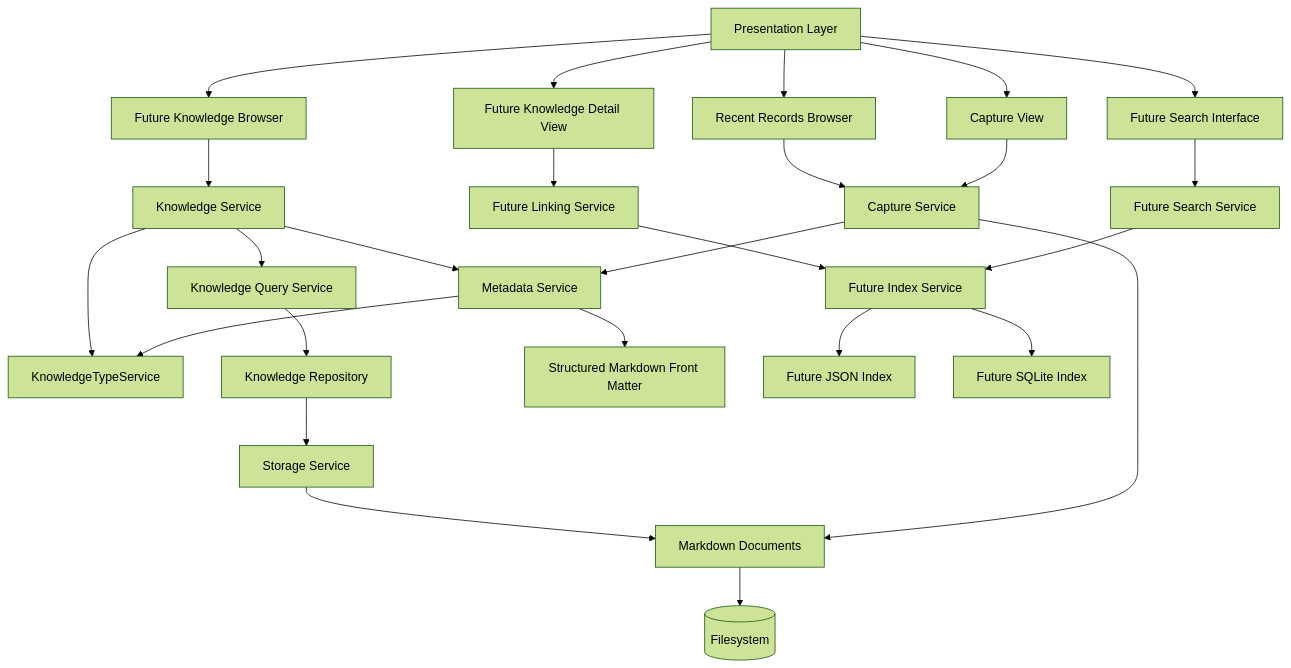
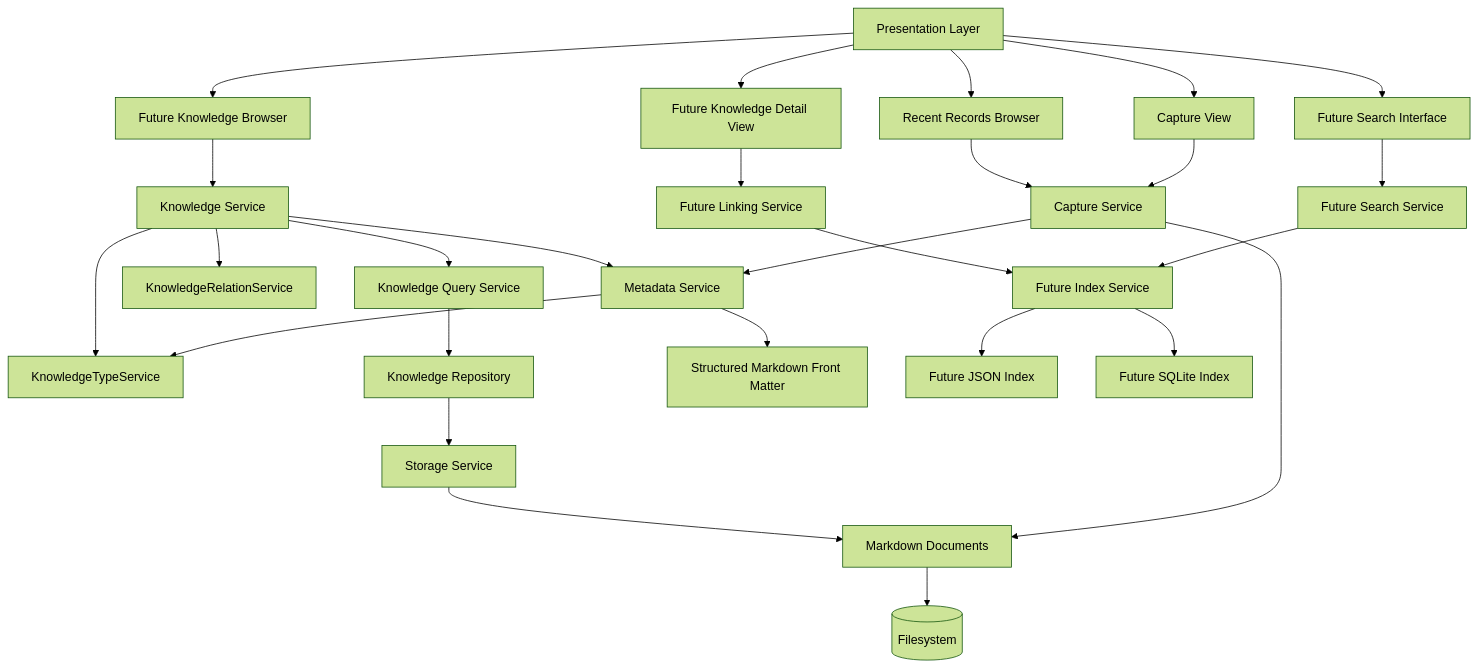
The diagram in docs/Architecture.md (2511677586/LifeOS), drawn with Mermaid (forest theme) before and after one commit. The commit also changed other lines of this file and 6 other files, not shown here.

````diff
--- a/docs/Architecture.md
+++ b/docs/Architecture.md
@@ -141,31 +188,32 @@
 ```mermaid
 graph TD
     UI[Presentation Layer] --> CV[Capture View]
     UI --> RB[Recent Records Browser]
     UI --> KB[Future Knowledge Browser]
     UI --> SI[Future Search Interface]
     UI --> DV[Future Knowledge Detail View]
 
     CV --> CS[Capture Service]
     RB --> CS
     KB --> KS[Knowledge Service]
     SI --> SS[Future Search Service]
     DV --> LS[Future Linking Service]
 
     CS --> MS[Metadata Service]
     MS --> KTS[KnowledgeTypeService]
+    KS --> KRS[KnowledgeRelationService]
     KS --> KQS[Knowledge Query Service]
     KQS --> KR[Knowledge Repository]
     KS --> MS
     KS --> KTS
     MS --> SD[Structured Markdown Front Matter]
     CS --> MD[Markdown Documents]
     KR --> ST[Storage Service]
     ST --> MD
     SS --> IX[Future Index Service]
     LS --> IX
 
     MD --> FS[(Filesystem)]
     IX --> JI[Future JSON Index]
     IX --> SQ[Future SQLite Index]
 ```
````
